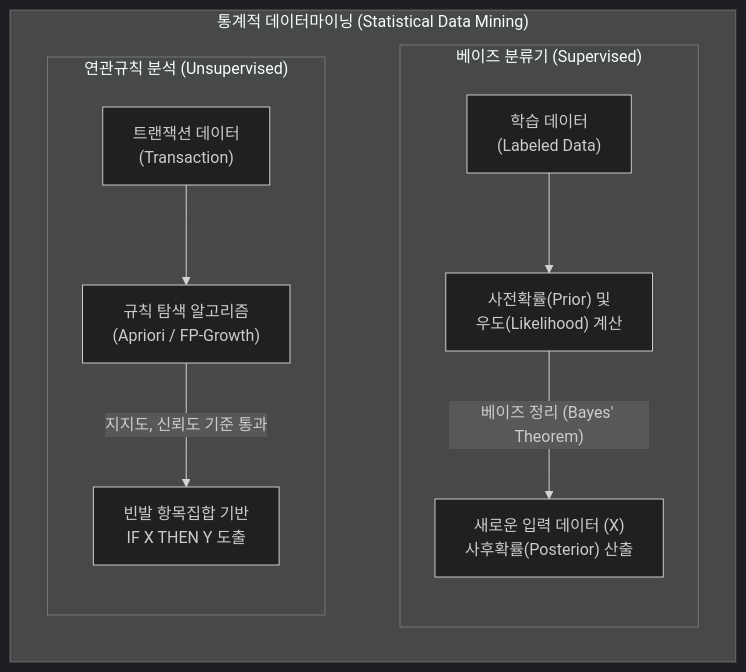
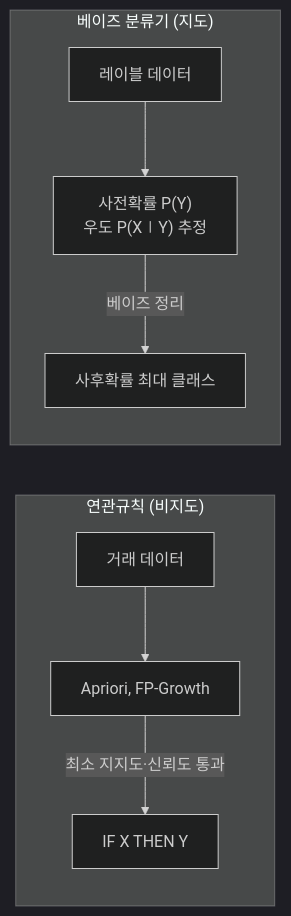
Before and after one commit to supremethumb/supremethumb.github.io: the diagram in content/01_IT Tech/통계 데이터 마이닝.md, drawn with Mermaid (dark theme). The commit also changed other lines of this file and 1087 other files, not shown here.

````diff
--- a/content/01_IT Tech/통계 데이터 마이닝.md
+++ b/content/01_IT Tech/통계 데이터 마이닝.md
@@ -23,29 +35,11 @@
 ```mermaid
-flowchart TB
-    subgraph DataMining["통계적 데이터마이닝 (Statistical Data Mining)"]
-        direction LR
-        
-        subgraph Association["연관규칙 분석 (Unsupervised)"]
-            direction TB
-            TR["트랜잭션 데이터<br/>(Transaction)"]
-            Apriori["규칙 탐색 알고리즘<br/>(Apriori / FP-Growth)"]
-            Rules["빈발 항목집합 기반<br/>IF X THEN Y 도출"]
-            
-            TR --> Apriori
-            Apriori -- "지지도, 신뢰도 기준 통과" --> Rules
-        end
-
-        subgraph Bayes["베이즈 분류기 (Supervised)"]
-            direction TB
-            Train["학습 데이터<br/>(Labeled Data)"]
-            Prob["사전확률(Prior) 및<br/>우도(Likelihood) 계산"]
-            Test["새로운 입력 데이터 (X)<br/>사후확률(Posterior) 산출"]
-            
-            Train --> Prob
-            Prob -- "베이즈 정리 (Bayes' Theorem)" --> Test
-        end
-        
-        Association ~~~ Bayes
+flowchart LR
+    subgraph AR["연관규칙 (비지도)"]
+        TR["거래 데이터"] --> AP["Apriori, FP-Growth"]
+        AP -- "최소 지지도·신뢰도 통과" --> RU["IF X THEN Y"]
     end
-
+    subgraph NB["베이즈 분류기 (지도)"]
+        TD["레이블 데이터"] --> PR["사전확률 P(Y)<br/>우도 P(X∣Y) 추정"]
+        PR -- "베이즈 정리" --> PO["사후확률 최대 클래스"]
+    end
 ```
````
